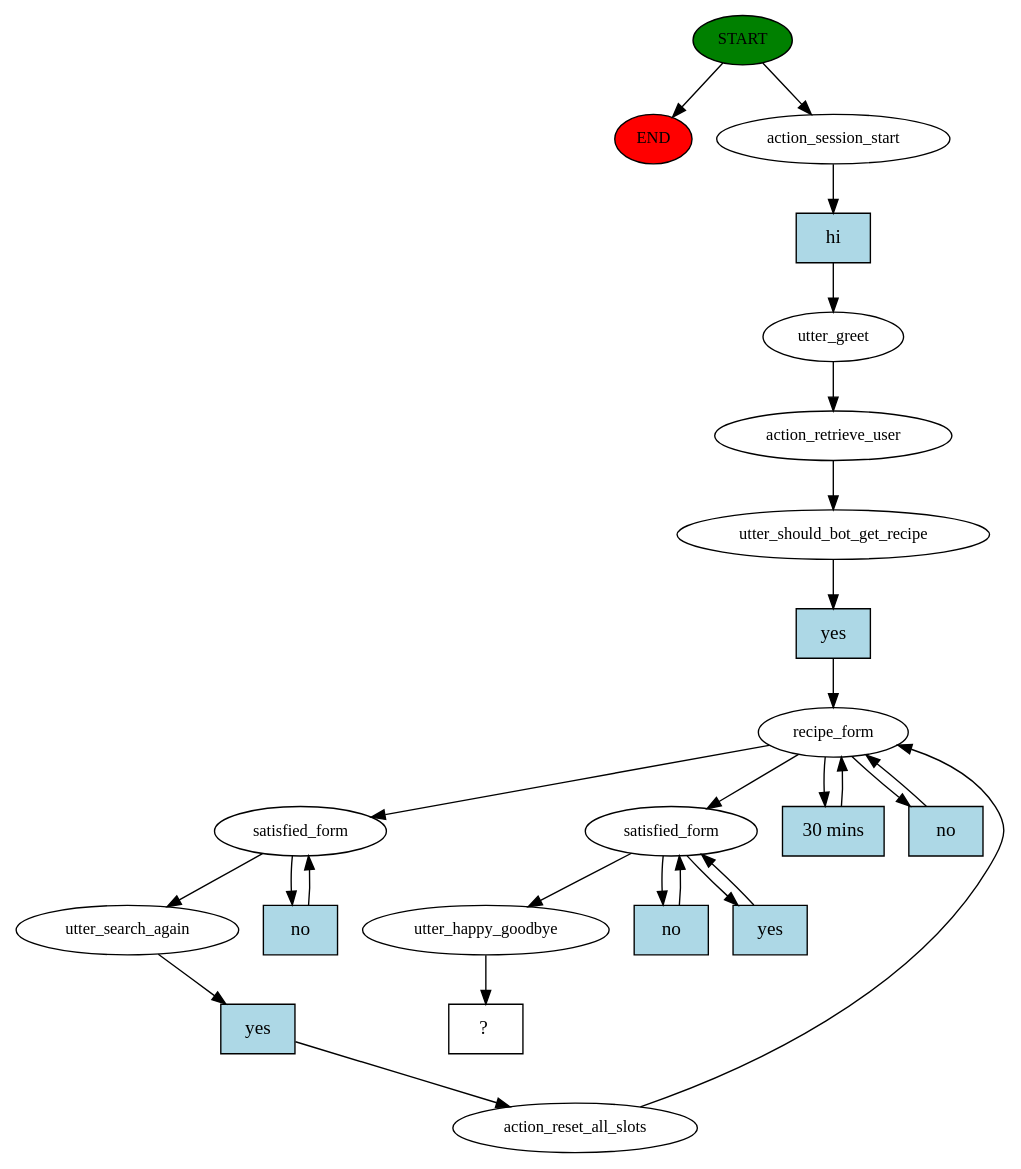
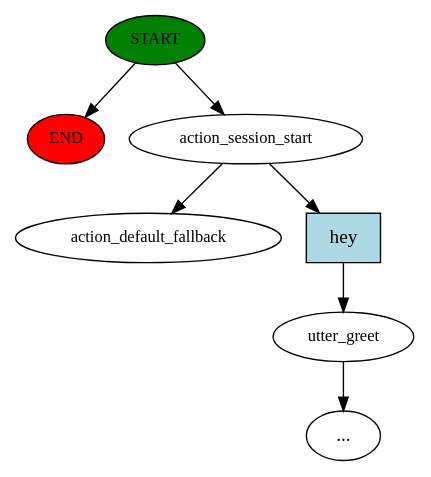
The diagram in bot/story_graph.dot (erees1/chefbot), drawn with Graphviz before and after one commit. The commit also changed 11 other files, not shown here.

```diff
--- a/bot/story_graph.dot
+++ b/bot/story_graph.dot
@@ -1,49 +1,15 @@
 digraph  {
 0 [class="start active", fillcolor=green, fontsize=12, label=START, style=filled];
 "-1" [class=end, fillcolor=red, fontsize=12, label=END, style=filled];
 1 [class=active, fontsize=12, label=action_session_start];
-2 [class=active, fontsize=12, label=utter_greet];
-3 [class=active, fontsize=12, label=action_retrieve_user];
-4 [class=active, fontsize=12, label=utter_should_bot_get_recipe];
-5 [class=active, fontsize=12, label=recipe_form];
-9 [class=active, fontsize=12, label=satisfied_form];
-12 [class=active, fontsize=12, label=utter_search_again];
-13 [class=active, fontsize=12, label=action_reset_all_slots];
-17 [class=active, fontsize=12, label=satisfied_form];
-20 [class=active, fontsize=12, label=utter_happy_goodbye];
-21 [class="intent dashed active", label="  ?  ", shape=rect];
-22 [class="intent active", fillcolor=lightblue, label=hi, shape=rect, style=filled];
-23 [class="intent active", fillcolor=lightblue, label=yes, shape=rect, style=filled];
-24 [class="intent active", fillcolor=lightblue, label="30 mins", shape=rect, style=filled];
-25 [class="intent active", fillcolor=lightblue, label=no, shape=rect, style=filled];
-26 [class="intent active", fillcolor=lightblue, label=no, shape=rect, style=filled];
-27 [class="intent active", fillcolor=lightblue, label=yes, shape=rect, style=filled];
-28 [class="intent active", fillcolor=lightblue, label=no, shape=rect, style=filled];
-29 [class="intent active", fillcolor=lightblue, label=yes, shape=rect, style=filled];
+2 [class="", fontsize=12, label=utter_greet];
+"-3" [class=ellipsis, label="..."];
+4 [class="dashed active", fontsize=12, label=action_default_fallback];
+5 [class=intent, fillcolor=lightblue, label=hey, shape=rect, style=filled];
 0 -> "-1"  [class="", key=NONE, label=""];
 0 -> 1  [class=active, key=NONE, label=""];
-1 -> 22  [class=active, key=0];
-2 -> 3  [class=active, key=NONE, label=""];
-3 -> 4  [class=active, key=NONE, label=""];
-4 -> 23  [class=active, key=0];
-5 -> 9  [class=active, key=NONE, label=""];
-5 -> 17  [class=active, key=NONE, label=""];
-5 -> 24  [class=active, key=0];
-5 -> 25  [class=active, key=0];
-9 -> 12  [class=active, key=NONE, label=""];
-9 -> 26  [class=active, key=0];
-12 -> 27  [class=active, key=0];
-13 -> 5  [class=active, key=NONE, label=""];
-17 -> 20  [class=active, key=NONE, label=""];
-17 -> 28  [class=active, key=0];
-17 -> 29  [class=active, key=0];
-20 -> 21  [class=active, key=NONE, label=""];
-22 -> 2  [class=active, key=0];
-23 -> 5  [class=active, key=0];
-24 -> 5  [class=active, key=0];
-25 -> 5  [class=active, key=0];
-26 -> 9  [class=active, key=0];
-27 -> 13  [class=active, key=0];
-28 -> 17  [class=active, key=0];
-29 -> 17  [class=active, key=0];
+1 -> 4  [class=active, key=NONE, label=""];
+1 -> 5  [class="", key=0];
+2 -> "-3"  [class="", key=NONE, label=""];
+5 -> 2  [class="", key=0];
 }
```
